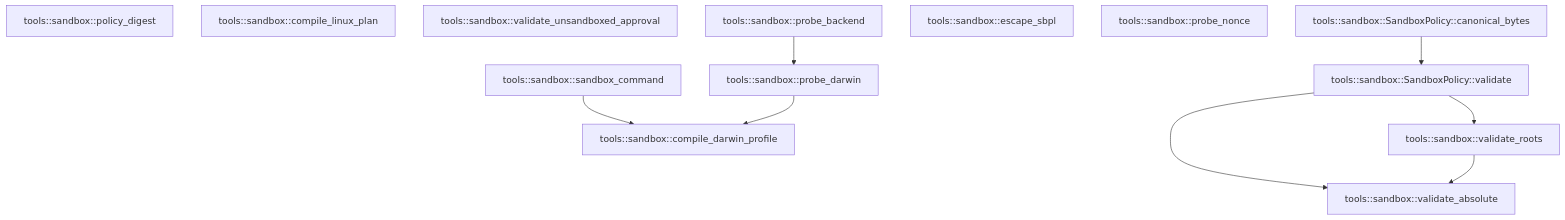
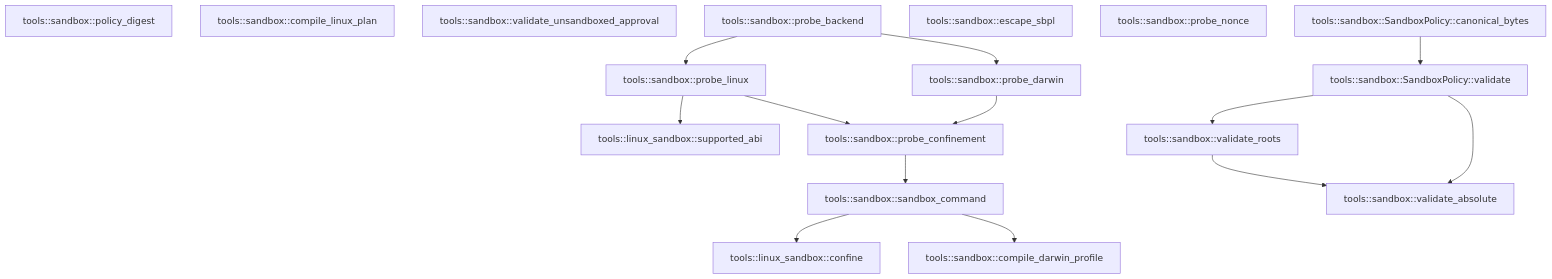
One commit to TekesApps/TekesKernel changed the diagram in crates/tools/docs/generated/src--sandbox.md. Above: the diagram before and after it, drawn with Mermaid. The commit also changed other lines of this file and 21 other files, not shown here.

First line of the commit message:
feat(tools): apply the Linux Landlock/seccomp sandbox (#26)

````diff
--- a/crates/tools/docs/generated/src--sandbox.md
+++ b/crates/tools/docs/generated/src--sandbox.md
@@ -59,23 +61,32 @@
 ```mermaid
 flowchart TD
-  n0["tools::sandbox::policy_digest"]
-  n1["tools::sandbox::compile_darwin_profile"]
-  n2["tools::sandbox::compile_linux_plan"]
-  n3["tools::sandbox::validate_unsandboxed_approval"]
-  n4["tools::sandbox::probe_backend"]
-  n5["tools::sandbox::sandbox_command"]
-  n6["tools::sandbox::probe_darwin"]
-  n7["tools::sandbox::SandboxPolicy::validate"]
-  n8["tools::sandbox::validate_roots"]
-  n9["tools::sandbox::validate_absolute"]
-  n10["tools::sandbox::escape_sbpl"]
-  n11["tools::sandbox::probe_nonce"]
-  n12["tools::sandbox::SandboxPolicy::canonical_bytes"]
-  n4 --> n6
-  n5 --> n1
-  n6 --> n1
-  n7 --> n8
-  n7 --> n9
-  n8 --> n9
-  n12 --> n7
+  n0["tools::linux_sandbox::confine"]
+  n1["tools::linux_sandbox::supported_abi"]
+  n2["tools::sandbox::policy_digest"]
+  n3["tools::sandbox::compile_darwin_profile"]
+  n4["tools::sandbox::compile_linux_plan"]
+  n5["tools::sandbox::validate_unsandboxed_approval"]
+  n6["tools::sandbox::probe_backend"]
+  n7["tools::sandbox::sandbox_command"]
+  n8["tools::sandbox::probe_darwin"]
+  n9["tools::sandbox::probe_linux"]
+  n10["tools::sandbox::SandboxPolicy::validate"]
+  n11["tools::sandbox::probe_confinement"]
+  n12["tools::sandbox::validate_roots"]
+  n13["tools::sandbox::validate_absolute"]
+  n14["tools::sandbox::escape_sbpl"]
+  n15["tools::sandbox::probe_nonce"]
+  n16["tools::sandbox::SandboxPolicy::canonical_bytes"]
+  n6 --> n8
+  n6 --> n9
+  n7 --> n0
+  n7 --> n3
+  n8 --> n11
+  n9 --> n1
+  n9 --> n11
+  n10 --> n12
+  n10 --> n13
+  n11 --> n7
+  n12 --> n13
+  n16 --> n10
 ```
````
